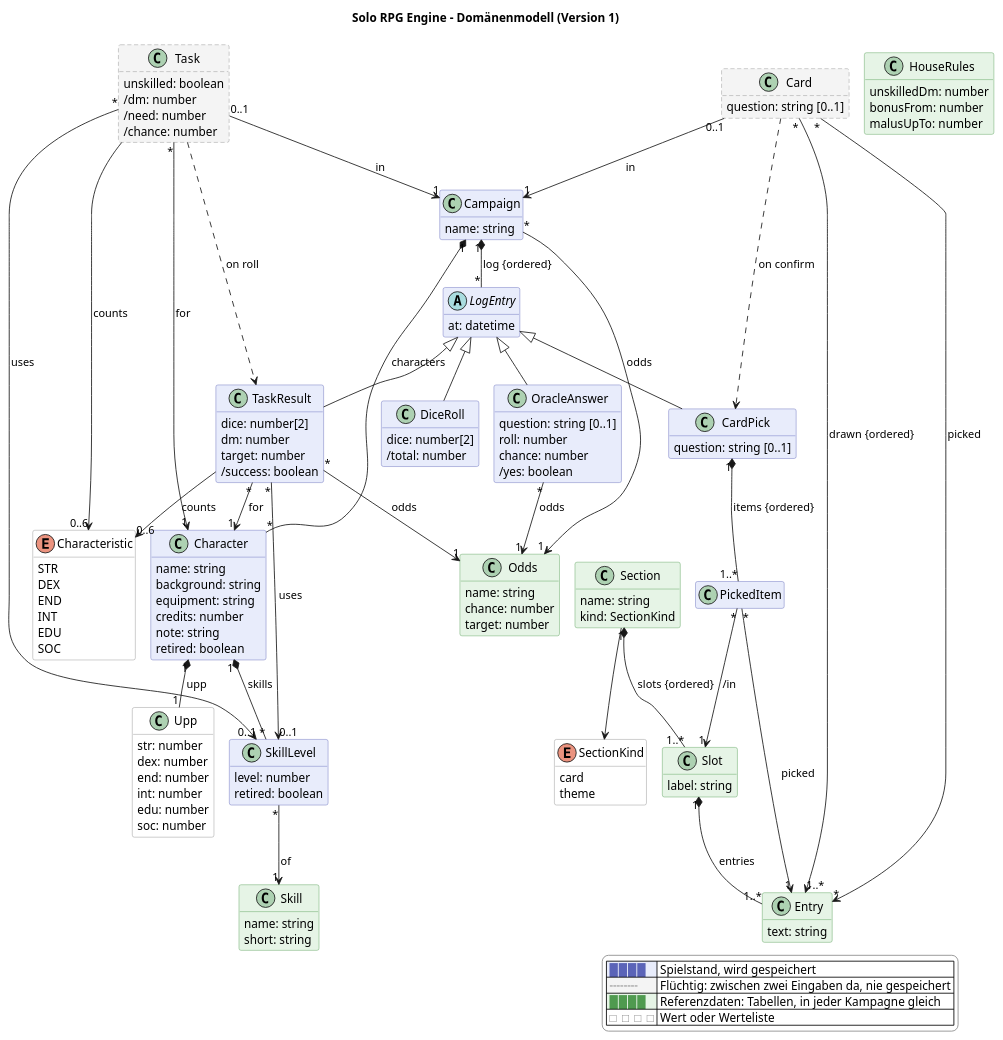
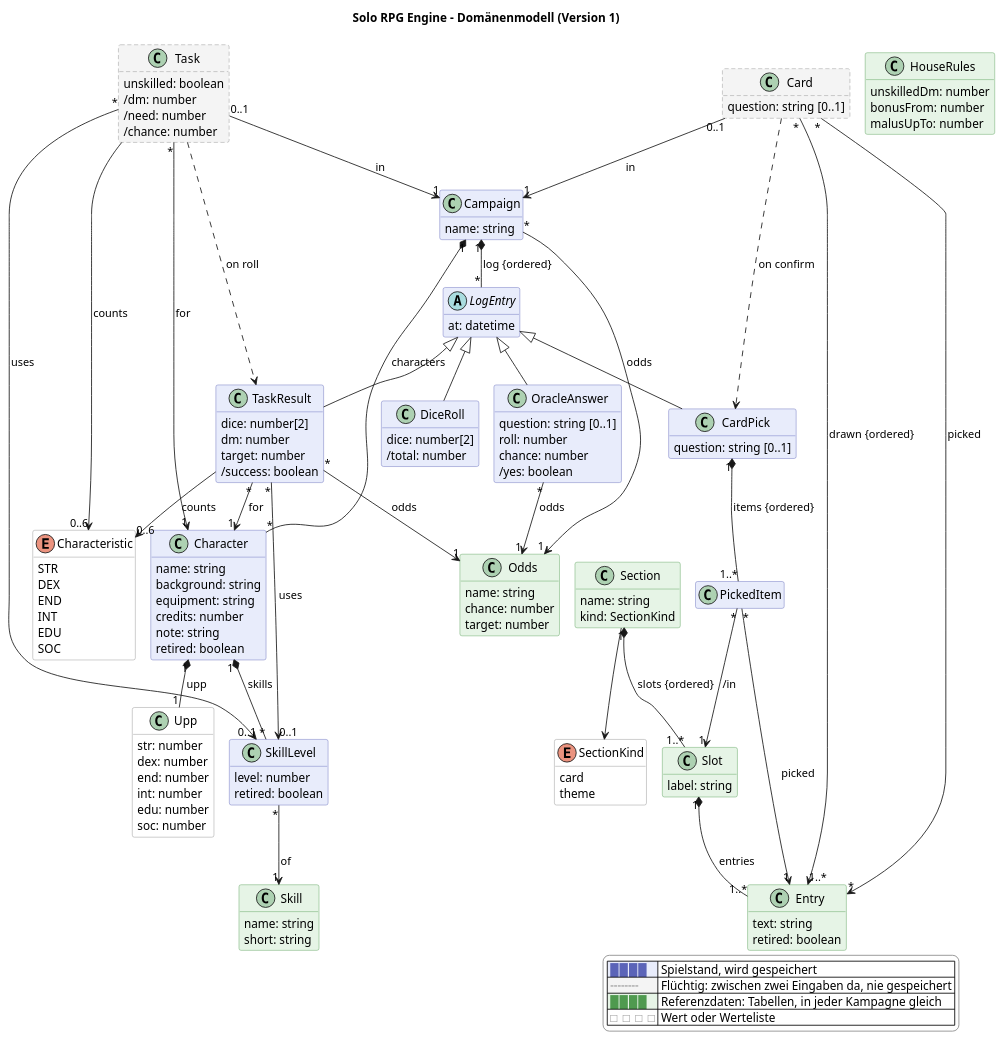
One commit to scuzzar/SRE changed the diagram in docs/domain-model.puml. Above: the diagram before and after it, drawn with PlantUML. The commit also changed 2 other files, not shown here.

Commit message:
Modell: Entry.retired, damit sich Einträge austauschen lassen (in Abstimmung)
Für die Mythic-Tabellen im Zufallsereignis: Ausgetauschte Einträge
werden ausgeblendet statt gelöscht, damit alte Logeinträge weiter
auf sie zeigen können.

Claude-Session: https://claude.ai/code/session_01QnmAKcxjboHcV7mhjeDndK

```diff
--- a/docs/domain-model.puml
+++ b/docs/domain-model.puml
@@ -3,180 +3,181 @@
 @startuml
 !pragma layout smetana
 title Solo RPG Engine – Domänenmodell (Version 1)
 hide empty members
 hide methods
 skinparam classAttributeIconSize 0
 skinparam shadowing false
 skinparam packageStyle rectangle
 skinparam class {
   BackgroundColor #e8ecfb
   BorderColor #5b64b8
   BackgroundColor<<transient>> #f4f4f4
   BorderColor<<transient>> #8a8a8a
   BackgroundColor<<reference>> #e6f4e6
   BorderColor<<reference>> #4f9a4f
   BackgroundColor<<value>> #ffffff
   BorderColor<<value>> #8a8a8a
 }
 skinparam legendBackgroundColor #ffffff
 skinparam legendBorderColor #8a8a8a
 <style>
 classDiagram {
   class {
     .transient {
       LineStyle 5-3
     }
   }
 }
 </style>
 hide <<transient>> stereotype
 hide <<reference>> stereotype
 hide <<value>> stereotype
 
 ' Kampagne und Charaktere
   class Campaign {
     name: string
   }
   class Character {
     name: string
     background: string
     equipment: string
     credits: number
     note: string
     retired: boolean
   }
   class Upp <<value>> {
     str: number
     dex: number
     end: number
     int: number
     edu: number
     soc: number
   }
   class SkillLevel {
     level: number
     retired: boolean
   }
 
 ' Verlauf
   abstract class LogEntry {
     at: datetime
   }
   class OracleAnswer {
     question: string [0..1]
     roll: number
     chance: number
     /yes: boolean
   }
   class DiceRoll {
     dice: number[2]
     /total: number
   }
   class CardPick {
     question: string [0..1]
   }
   class PickedItem
 
 ' Entwürfe: flüchtig, zwischen zwei Eingaben da, nie gespeichert (im Code: model/draft/)
   class Card <<transient>> {
     question: string [0..1]
   }
   class Task <<transient>> {
     unskilled: boolean
     /dm: number
     /need: number
     /chance: number
   }
   class TaskResult {
     dice: number[2]
     dm: number
     target: number
     /success: boolean
   }
 
 ' Referenzdaten
   class Odds <<reference>> {
     name: string
     chance: number
     target: number
   }
   class HouseRules <<reference>> {
     unskilledDm: number
     bonusFrom: number
     malusUpTo: number
   }
   class Skill <<reference>> {
     name: string
     short: string
   }
   class Section <<reference>> {
     name: string
     kind: SectionKind
   }
   class Slot <<reference>> {
     label: string
   }
   class Entry <<reference>> {
     text: string
+    retired: boolean
   }
   enum SectionKind <<value>> {
     card
     theme
   }
   enum Characteristic <<value>> {
     STR
     DEX
     END
     INT
     EDU
     SOC
   }
 
 ' Kampagne
 Campaign "1" *-- "*" Character : characters
 Campaign "*" --> "1" Odds : odds
 Campaign "1" *-- "*" LogEntry : log {ordered}
 
 ' Charakter
 Character "1" *-- "1" Upp : upp
 Character "1" *-- "*" SkillLevel : skills
 SkillLevel "*" --> "1" Skill : of
 
 ' Verlauf
 LogEntry <|-- OracleAnswer
 LogEntry <|-- DiceRoll
 LogEntry <|-- CardPick
 LogEntry <|-- TaskResult
 CardPick "1" *-- "1..*" PickedItem : items {ordered}
 OracleAnswer "*" --> "1" Odds : odds
 TaskResult "*" --> "1" Character : for
 TaskResult "*" --> "0..1" SkillLevel : uses
 TaskResult --> "0..6" Characteristic : counts
 TaskResult "*" --> "1" Odds : odds
 
 ' Probe
 Task "0..1" --> "1" Campaign : in
 Task "*" --> "1" Character : for
 Task "*" --> "0..1" SkillLevel : uses
 Task --> "0..6" Characteristic : counts
 Task ..> TaskResult : on roll
 
 ' Karte
 Card "0..1" --> "1" Campaign : in
 Card "*" --> "1..*" Entry : drawn {ordered}
 Card "*" --> "*" Entry : picked
 Card ..> CardPick : on confirm
 PickedItem "*" --> "1" Slot : /in
 PickedItem "*" --> "1" Entry : picked
 Section "1" *-- "1..*" Slot : slots {ordered}
 Section --> SectionKind
 Slot "1" *-- "1..*" Entry : entries
 
 
 legend right
   |<#e8ecfb> <color:#5b64b8>████</color> | Spielstand, wird gespeichert |
   |<#f4f4f4> <color:#8a8a8a>╌╌╌╌</color> | Flüchtig: zwischen zwei Eingaben da, nie gespeichert |
   |<#e6f4e6> <color:#4f9a4f>████</color> | Referenzdaten: Tabellen, in jeder Kampagne gleich |
   |<#ffffff> <color:#8a8a8a>□□□□</color> | Wert oder Werteliste |
 endlegend
 @enduml
```
